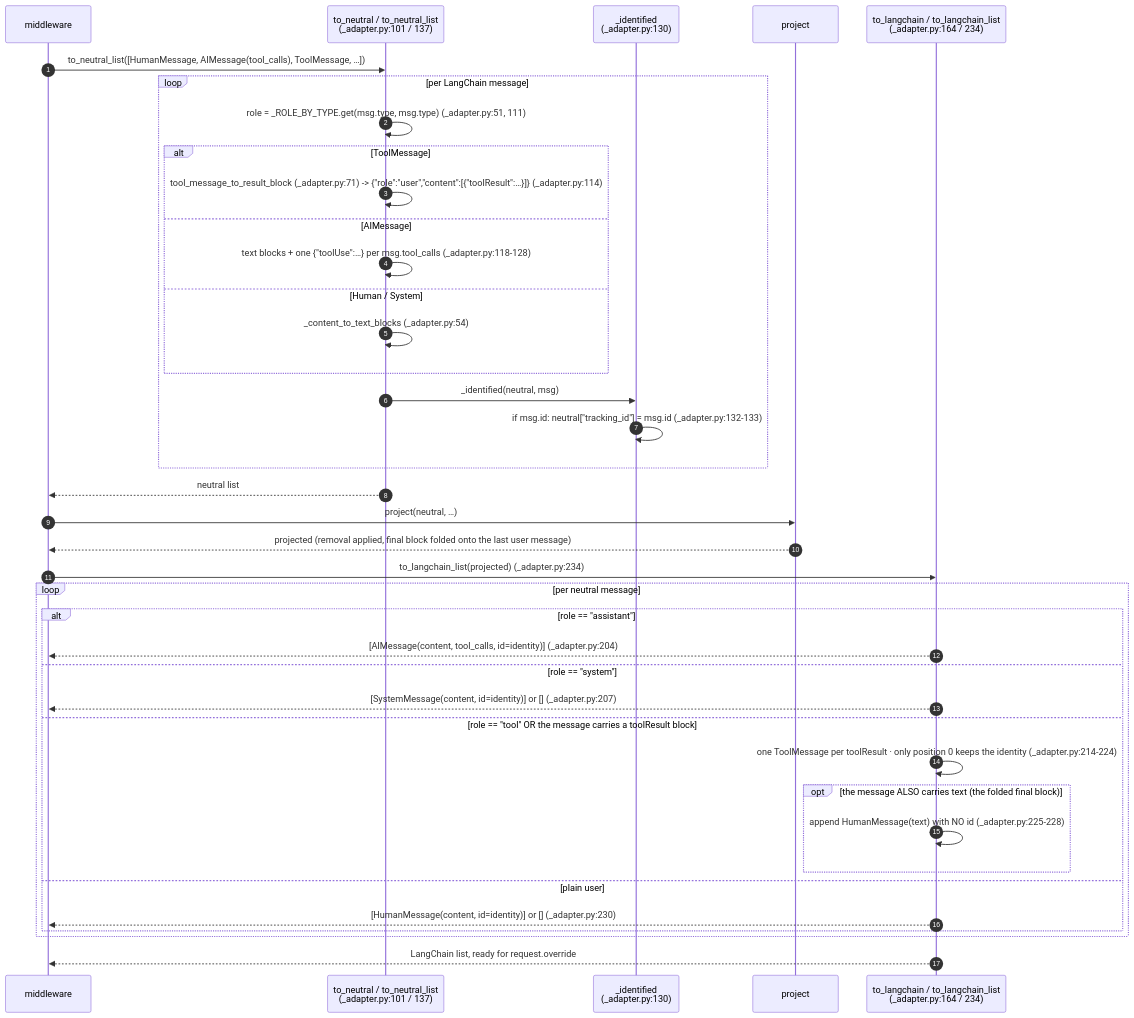
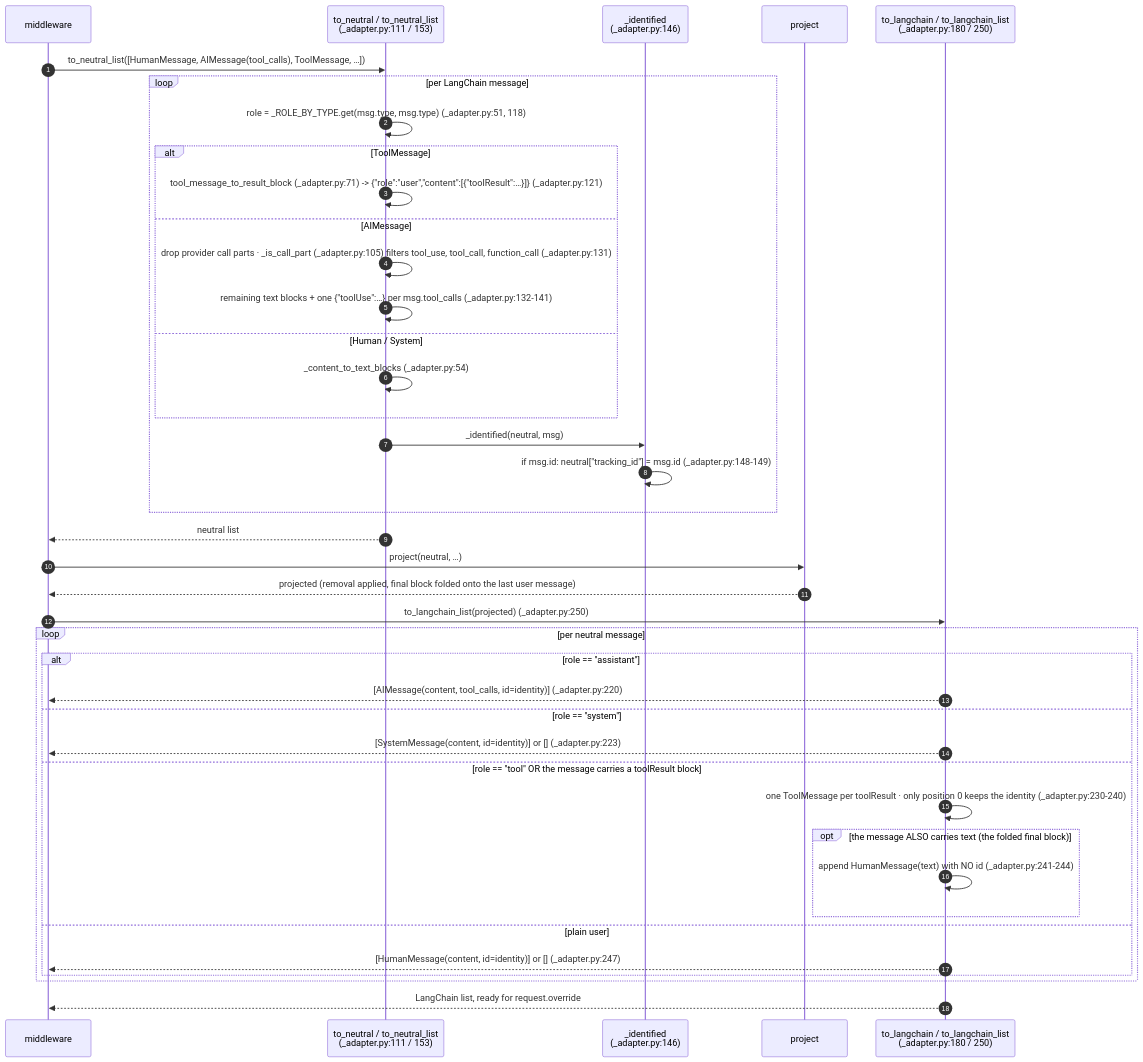
Before and after one commit to aws-samples/sample-context-engineering: the third of 7 diagrams in docs/design/sequence/langgraph/sequence-d-context-graph.md, drawn with Mermaid. The commit also changed other lines of this file and 8 other files, not shown here.

````diff
--- a/docs/design/sequence/langgraph/sequence-d-context-graph.md
+++ b/docs/design/sequence/langgraph/sequence-d-context-graph.md
@@ -310,42 +492,43 @@
 ```mermaid
 sequenceDiagram
     autonumber
     participant MW as middleware
-    participant TN as to_neutral / to_neutral_list<br/>(_adapter.py:101 / 137)
-    participant ID as _identified<br/>(_adapter.py:130)
+    participant TN as to_neutral / to_neutral_list<br/>(_adapter.py:111 / 153)
+    participant ID as _identified<br/>(_adapter.py:146)
     participant CORE as project
-    participant TL as to_langchain / to_langchain_list<br/>(_adapter.py:164 / 234)
+    participant TL as to_langchain / to_langchain_list<br/>(_adapter.py:180 / 250)
 
     MW->>TN: to_neutral_list([HumanMessage, AIMessage(tool_calls), ToolMessage, …])
     loop per LangChain message
-        TN->>TN: role = _ROLE_BY_TYPE.get(msg.type, msg.type) (_adapter.py:51, 111)
+        TN->>TN: role = _ROLE_BY_TYPE.get(msg.type, msg.type) (_adapter.py:51, 118)
         alt ToolMessage
-            TN->>TN: tool_message_to_result_block (_adapter.py:71) -> {"role":"user","content":[{"toolResult":…}]} (_adapter.py:114)
+            TN->>TN: tool_message_to_result_block (_adapter.py:71) -> {"role":"user","content":[{"toolResult":…}]} (_adapter.py:121)
         else AIMessage
-            TN->>TN: text blocks + one {"toolUse":…} per msg.tool_calls (_adapter.py:118-128)
+            TN->>TN: drop provider call parts · _is_call_part (_adapter.py:105) filters tool_use, tool_call, function_call (_adapter.py:131)
+            TN->>TN: remaining text blocks + one {"toolUse":…} per msg.tool_calls (_adapter.py:132-141)
         else Human / System
             TN->>TN: _content_to_text_blocks (_adapter.py:54)
         end
         TN->>ID: _identified(neutral, msg)
-        ID->>ID: if msg.id: neutral["tracking_id"] = msg.id (_adapter.py:132-133)
+        ID->>ID: if msg.id: neutral["tracking_id"] = msg.id (_adapter.py:148-149)
     end
     TN-->>MW: neutral list
     MW->>CORE: project(neutral, …)
     CORE-->>MW: projected (removal applied, final block folded onto the last user message)
-    MW->>TL: to_langchain_list(projected) (_adapter.py:234)
+    MW->>TL: to_langchain_list(projected) (_adapter.py:250)
     loop per neutral message
         alt role == "assistant"
-            TL-->>MW: [AIMessage(content, tool_calls, id=identity)] (_adapter.py:204)
+            TL-->>MW: [AIMessage(content, tool_calls, id=identity)] (_adapter.py:220)
         else role == "system"
-            TL-->>MW: [SystemMessage(content, id=identity)] or [] (_adapter.py:207)
+            TL-->>MW: [SystemMessage(content, id=identity)] or [] (_adapter.py:223)
         else role == "tool" OR the message carries a toolResult block
-            TL->>TL: one ToolMessage per toolResult · only position 0 keeps the identity (_adapter.py:214-224)
+            TL->>TL: one ToolMessage per toolResult · only position 0 keeps the identity (_adapter.py:230-240)
             opt the message ALSO carries text (the folded final block)
-                TL->>TL: append HumanMessage(text) with NO id (_adapter.py:225-228)
+                TL->>TL: append HumanMessage(text) with NO id (_adapter.py:241-244)
             end
         else plain user
-            TL-->>MW: [HumanMessage(content, id=identity)] or [] (_adapter.py:230)
+            TL-->>MW: [HumanMessage(content, id=identity)] or [] (_adapter.py:247)
         end
     end
     TL-->>MW: LangChain list, ready for request.override
 ```
````
